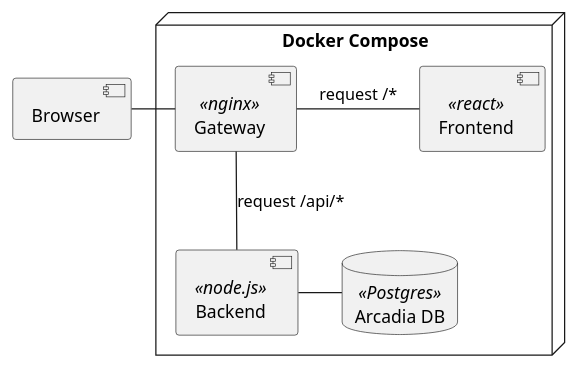
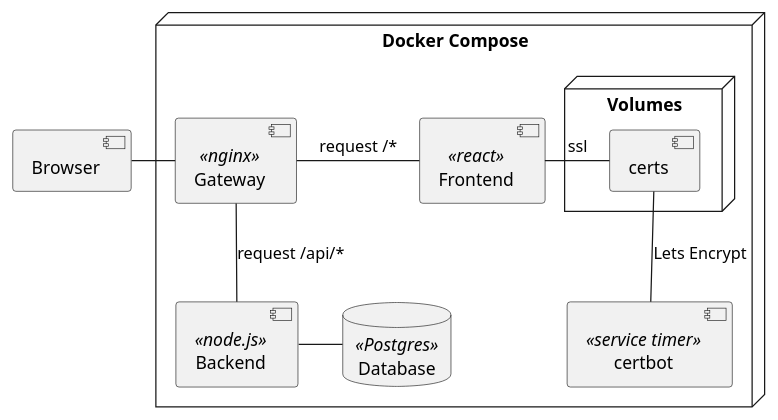
The diagram in docs/technical_documentation/components/components.puml (games2click/games2click.github.io), drawn with PlantUML before and after one commit.

Commit message:
Update and improve architecture

```diff
--- a/docs/technical_documentation/components/components.puml
+++ b/docs/technical_documentation/components/components.puml
@@ -1,18 +1,24 @@
 @startuml
 
 component Browser {
 }
 
 node "Docker Compose" {
     [Gateway] <<nginx>>
     [Frontend] <<react>>
+    [certbot] <<service timer>>
     [Backend] <<node.js>>
-    database "Arcadia DB" <<Postgres>>
+    database "Database" <<Postgres>>
+    node "Volumes" {
+        [certs]
+    }
 }
 
 Browser -r- Gateway
 Gateway -r- Frontend : request /*
+Frontend -r- certs : ssl
 Gateway -d- Backend : request /api/*
-Backend -r- "Arcadia DB"
+Backend -r- "Database"
 
+certbot -u- certs : Lets Encrypt
 @enduml
```
